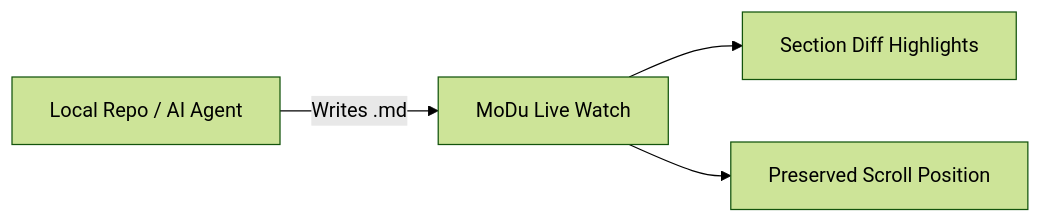
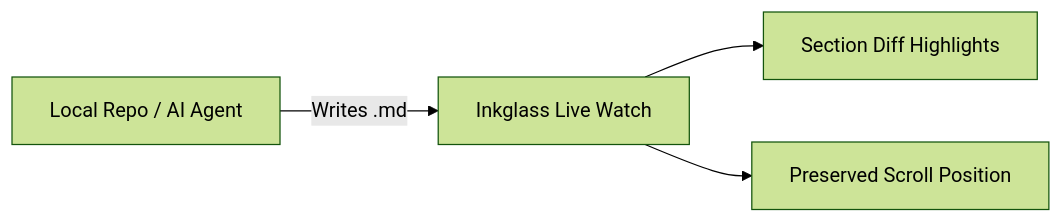
Before and after one commit to KennyMcSimpson/modu-reader: the diagram in sample-document.md, drawn with Mermaid (forest theme). The commit also changed other lines of this file and 24 other files, not shown here.

````diff
--- a/sample-document.md
+++ b/sample-document.md
@@ -36,6 +36,6 @@
 ```mermaid
 graph LR
-  A[Local Repo / AI Agent] -->|Writes .md| B[MoDu Live Watch]
+  A[Local Repo / AI Agent] -->|Writes .md| B[Inkglass Live Watch]
   B --> C[Section Diff Highlights]
   B --> D[Preserved Scroll Position]
 ```
````
